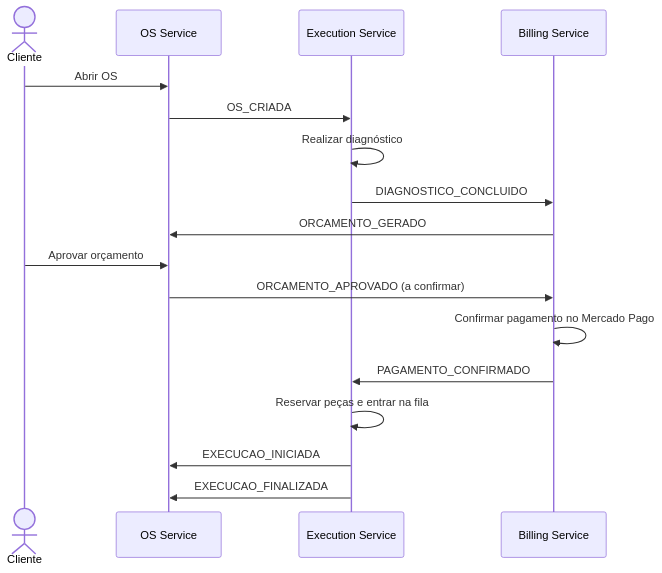
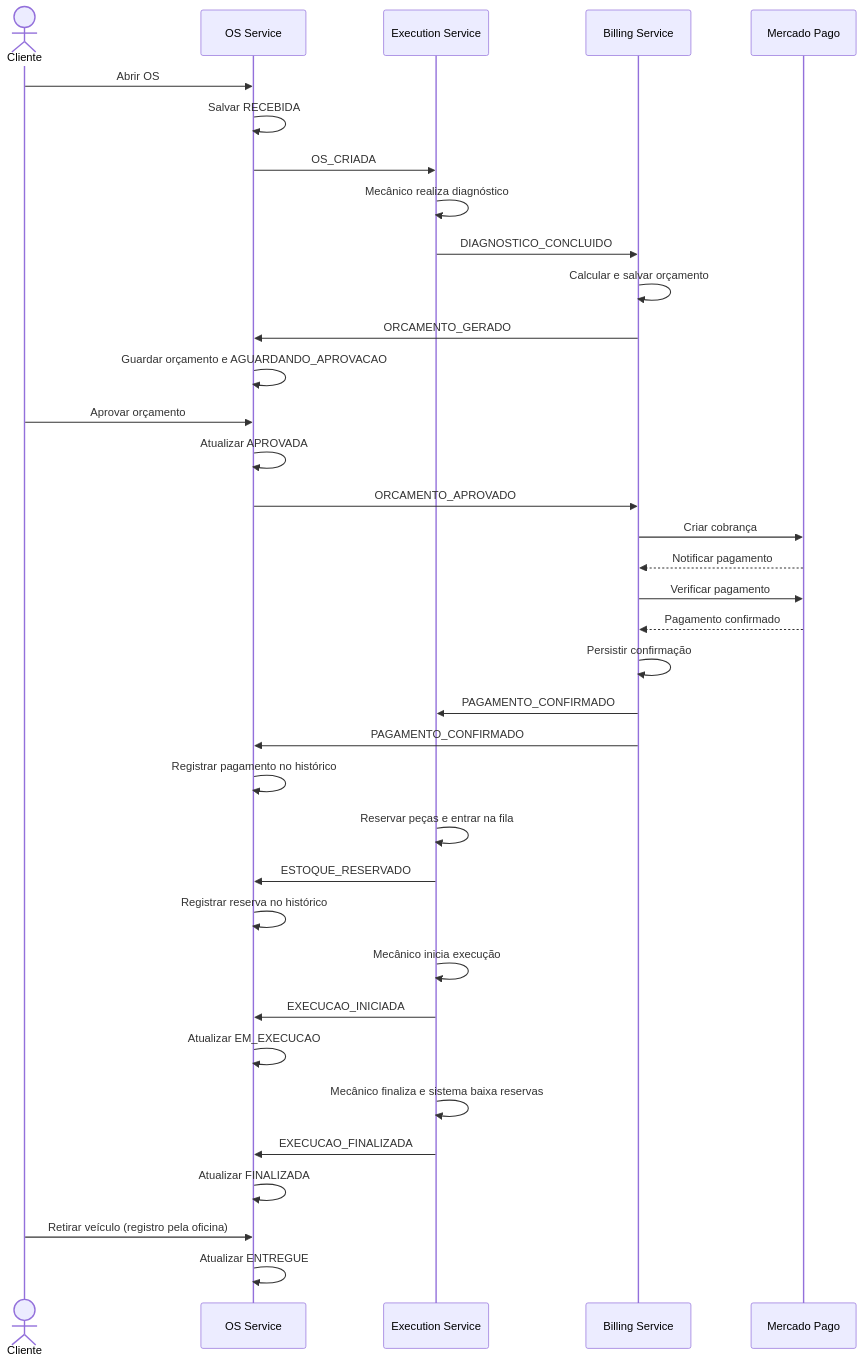
One commit to rafaelllsilva/fiap-fase3-infraestrutura changed the first of 2 diagrams in docs/fase4/saga.md. Above: the diagram before and after it, drawn with Mermaid. The commit also changed other lines of this file and 4 other files, not shown here.

````diff
--- a/docs/fase4/saga.md
+++ b/docs/fase4/saga.md
@@ -21,19 +15,38 @@
 ```mermaid
 sequenceDiagram
     actor C as Cliente
     participant OS as OS Service
     participant E as Execution Service
     participant B as Billing Service
+    participant MP as Mercado Pago
     C->>OS: Abrir OS
+    OS->>OS: Salvar RECEBIDA
     OS->>E: OS_CRIADA
-    E->>E: Realizar diagnóstico
+    E->>E: Mecânico realiza diagnóstico
     E->>B: DIAGNOSTICO_CONCLUIDO
+    B->>B: Calcular e salvar orçamento
     B->>OS: ORCAMENTO_GERADO
+    OS->>OS: Guardar orçamento e AGUARDANDO_APROVACAO
     C->>OS: Aprovar orçamento
-    OS->>B: ORCAMENTO_APROVADO (a confirmar)
-    B->>B: Confirmar pagamento no Mercado Pago
+    OS->>OS: Atualizar APROVADA
+    OS->>B: ORCAMENTO_APROVADO
+    B->>MP: Criar cobrança
+    MP-->>B: Notificar pagamento
+    B->>MP: Verificar pagamento
+    MP-->>B: Pagamento confirmado
+    B->>B: Persistir confirmação
     B->>E: PAGAMENTO_CONFIRMADO
+    B->>OS: PAGAMENTO_CONFIRMADO
+    OS->>OS: Registrar pagamento no histórico
     E->>E: Reservar peças e entrar na fila
+    E->>OS: ESTOQUE_RESERVADO
+    OS->>OS: Registrar reserva no histórico
+    E->>E: Mecânico inicia execução
     E->>OS: EXECUCAO_INICIADA
+    OS->>OS: Atualizar EM_EXECUCAO
+    E->>E: Mecânico finaliza e sistema baixa reservas
     E->>OS: EXECUCAO_FINALIZADA
+    OS->>OS: Atualizar FINALIZADA
+    C->>OS: Retirar veículo (registro pela oficina)
+    OS->>OS: Atualizar ENTREGUE
 ```
````
